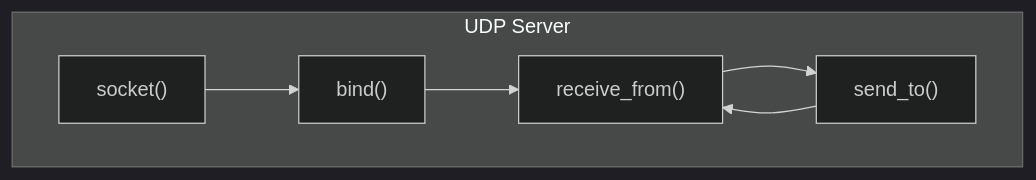
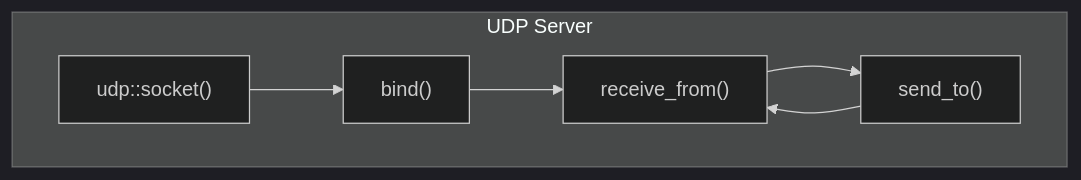
Before and after one commit to gameguild-gg/gameguild: the fourth of 7 diagrams in apps/web/src/data/courses/networking/03-udp/01-reveal.md, drawn with Mermaid (dark theme). The commit also changed other lines of this file and 4 other files, not shown here.

````diff
--- a/apps/web/src/data/courses/networking/03-udp/01-reveal.md
+++ b/apps/web/src/data/courses/networking/03-udp/01-reveal.md
@@ -247,9 +247,9 @@
 ```mermaid
 graph TD
     subgraph Server["UDP Server"]
-        S1["socket()"] --> S2["bind()"]
+        S1["udp::socket()"] --> S2["bind()"]
         S2 --> S3["receive_from()"]
         S3 --> S4["send_to()"]
         S4 --> S3
     end
 ```
````
